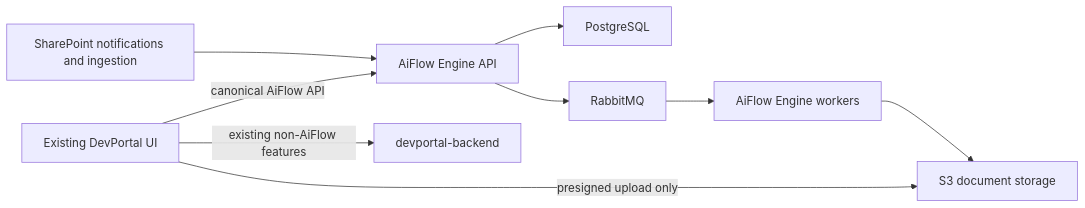
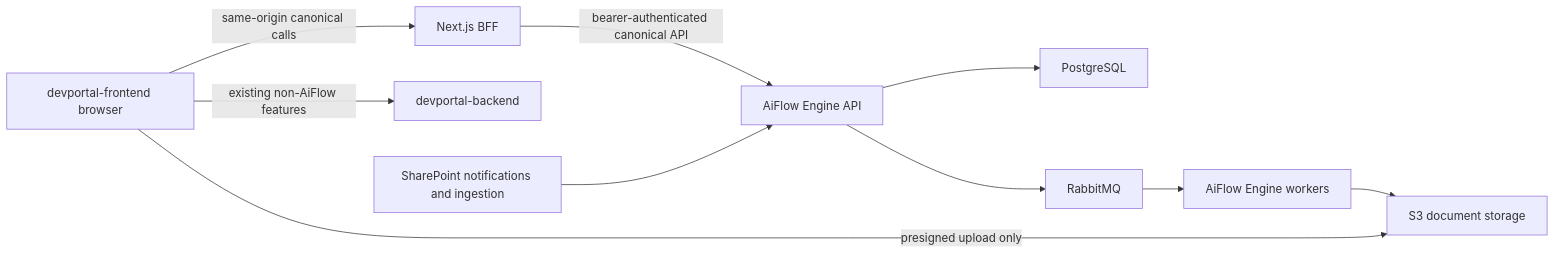
One commit to nuttayoz/aiflow-engine changed the diagram in docs/contracts/devportal-compatibility.md. Above: the diagram before and after it, drawn with Mermaid. The commit also changed other lines of this file and 4 other files, not shown here.

Commit message:
docs(phase3): correct DevPortal compatibility baseline

````diff
--- a/docs/contracts/devportal-compatibility.md
+++ b/docs/contracts/devportal-compatibility.md
@@ -38,11 +88,12 @@
 ```mermaid
 flowchart LR
-    UI["Existing DevPortal UI"] -->|"canonical AiFlow API"| API["AiFlow Engine API"]
+    UI["devportal-frontend browser"] -->|"same-origin canonical calls"| BFF["Next.js BFF"]
+    BFF -->|"bearer-authenticated canonical API"| API["AiFlow Engine API"]
     UI -->|"existing non-AiFlow features"| DPB["devportal-backend"]
     UI -->|"presigned upload only"| S3["S3 document storage"]
     API --> DB["PostgreSQL"]
     API --> MQ["RabbitMQ"]
     MQ --> W["AiFlow Engine workers"]
     W --> S3
     SP["SharePoint notifications and ingestion"] --> API
 ```
````
